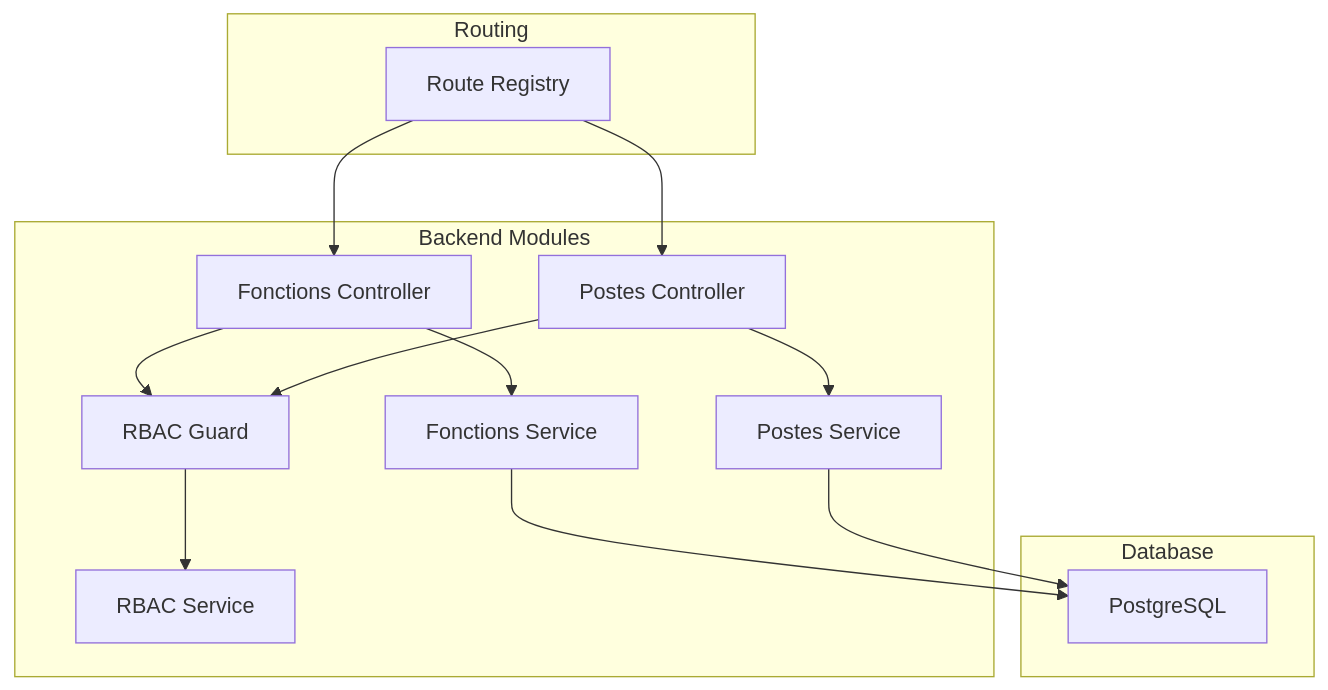
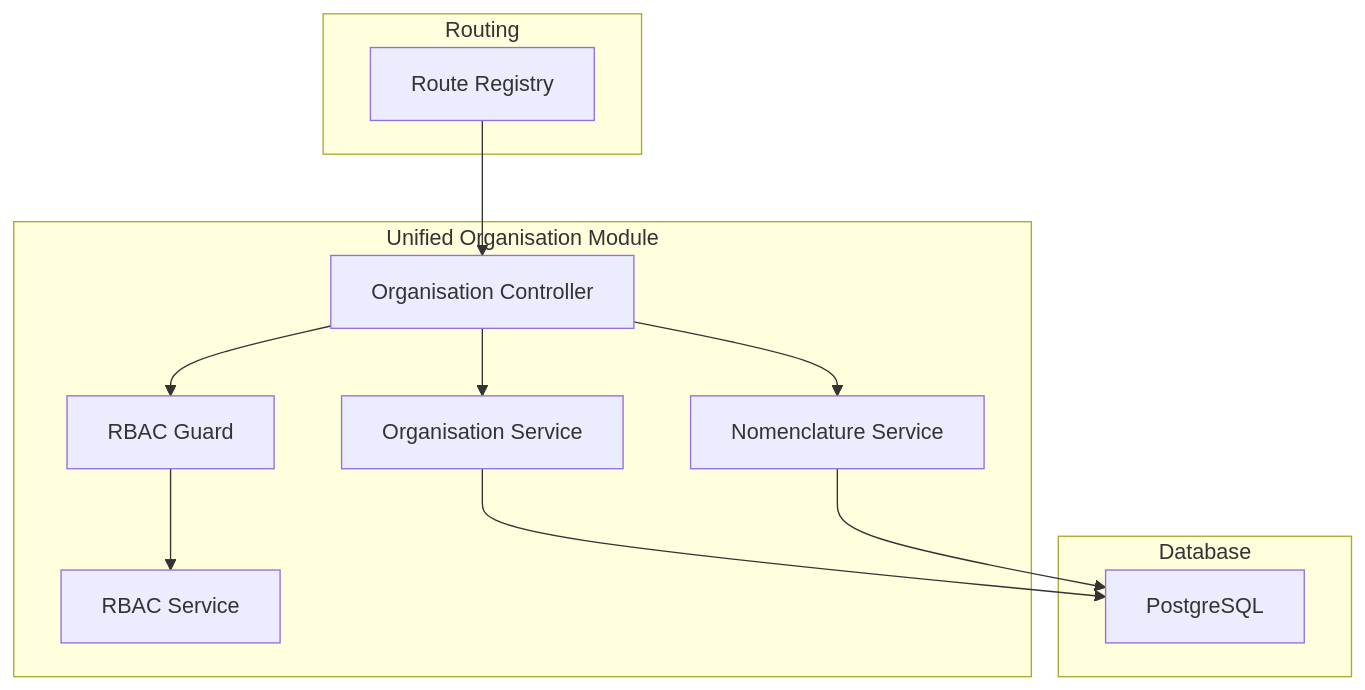
One commit to franckylab/eLISAschool changed the first of 7 diagrams in .qoder/repowiki/en/content/Human Resources Management/Personnel Administration/Organizational Structure.md. Above: the diagram before and after it, drawn with Mermaid. The commit also changed other lines of this file and 35 other files, not shown here.

First line of the commit message:
refactor(configuration): redistribuer la gestion de la configuration vers architecture distribuée

````diff
--- a/.qoder/repowiki/en/content/Human Resources Management/Personnel Administration/Organizational Structure.md
+++ b/.qoder/repowiki/en/content/Human Resources Management/Personnel Administration/Organizational Structure.md
@@ -48,26 +49,23 @@
 ```mermaid
 graph TB
 subgraph "Database"
 DB["PostgreSQL"]
 end
-subgraph "Backend Modules"
-FonCtrl["Fonctions Controller"]
-FonSvc["Fonctions Service"]
-PostCtrl["Postes Controller"]
-PostSvc["Postes Service"]
+subgraph "Unified Organisation Module"
+OrgCtrl["Organisation Controller"]
+OrgSvc["Organisation Service"]
+NomenclatureSvc["Nomenclature Service"]
 RbacGuard["RBAC Guard"]
 RbacSvc["RBAC Service"]
 end
 subgraph "Routing"
 Router["Route Registry"]
 end
-Router --> FonCtrl
-Router --> PostCtrl
-FonCtrl --> FonSvc
-PostCtrl --> PostSvc
-FonSvc --> DB
-PostSvc --> DB
-FonCtrl --> RbacGuard
-PostCtrl --> RbacGuard
+Router --> OrgCtrl
+OrgCtrl --> OrgSvc
+OrgCtrl --> NomenclatureSvc
+OrgSvc --> DB
+NomenclatureSvc --> DB
+OrgCtrl --> RbacGuard
 RbacGuard --> RbacSvc
 ```
````
